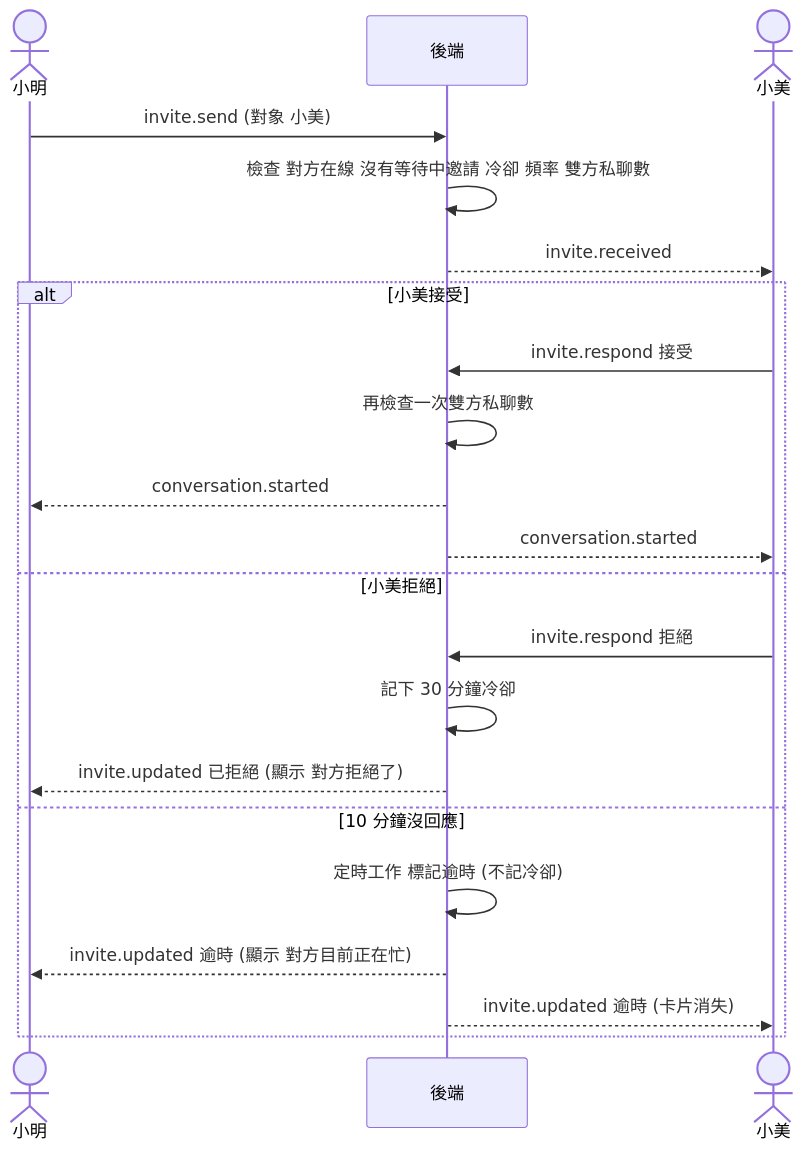
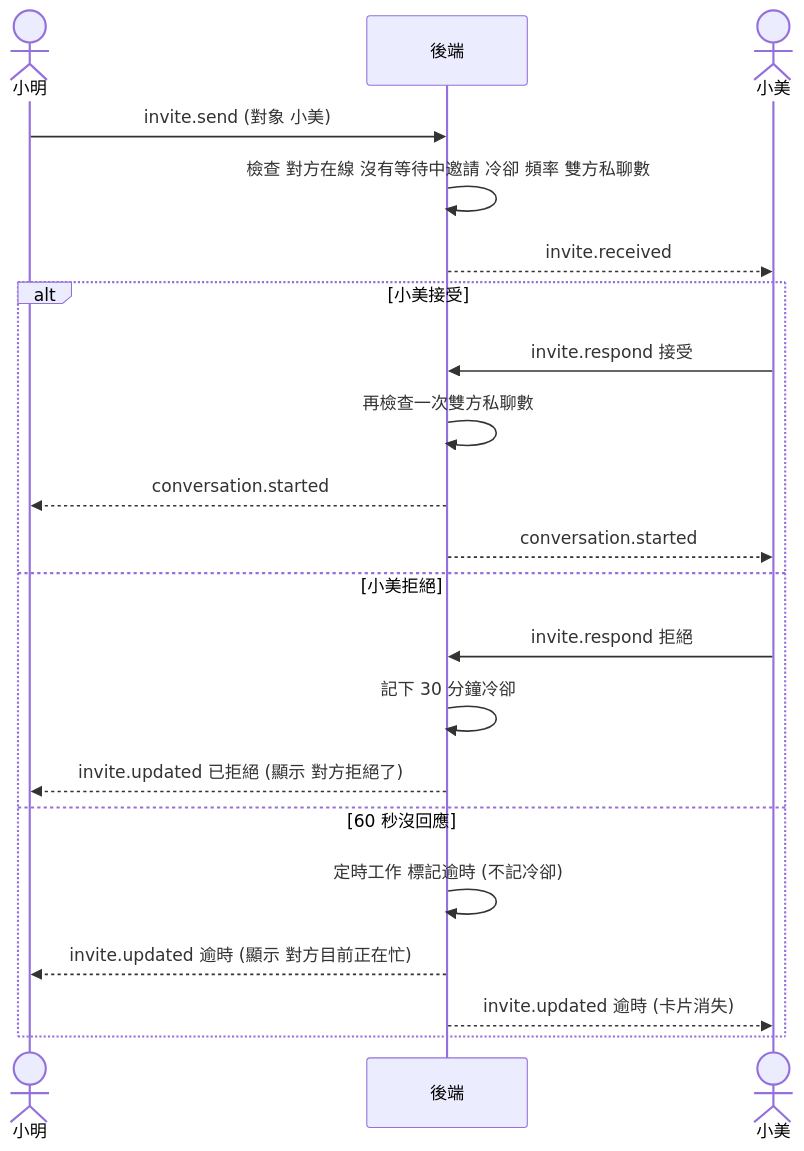
The fifth of 7 diagrams in docs/architecture.md (32659-cloud/Web-page-1-), drawn with Mermaid before and after one commit. The commit also changed other lines of this file and 4 other files, not shown here.

````diff
--- a/docs/architecture.md
+++ b/docs/architecture.md
@@ -419,23 +419,23 @@
 ```mermaid
 sequenceDiagram
   actor A as 小明
   participant S as 後端
   actor B as 小美
   A->>S: invite.send (對象 小美)
   S->>S: 檢查 對方在線 沒有等待中邀請 冷卻 頻率 雙方私聊數
   S-->>B: invite.received
   alt 小美接受
     B->>S: invite.respond 接受
     S->>S: 再檢查一次雙方私聊數
     S-->>A: conversation.started
     S-->>B: conversation.started
   else 小美拒絕
     B->>S: invite.respond 拒絕
     S->>S: 記下 30 分鐘冷卻
     S-->>A: invite.updated 已拒絕 (顯示 對方拒絕了)
-  else 10 分鐘沒回應
+  else 60 秒沒回應
     S->>S: 定時工作 標記逾時 (不記冷卻)
     S-->>A: invite.updated 逾時 (顯示 對方目前正在忙)
     S-->>B: invite.updated 逾時 (卡片消失)
   end
 ```
````
